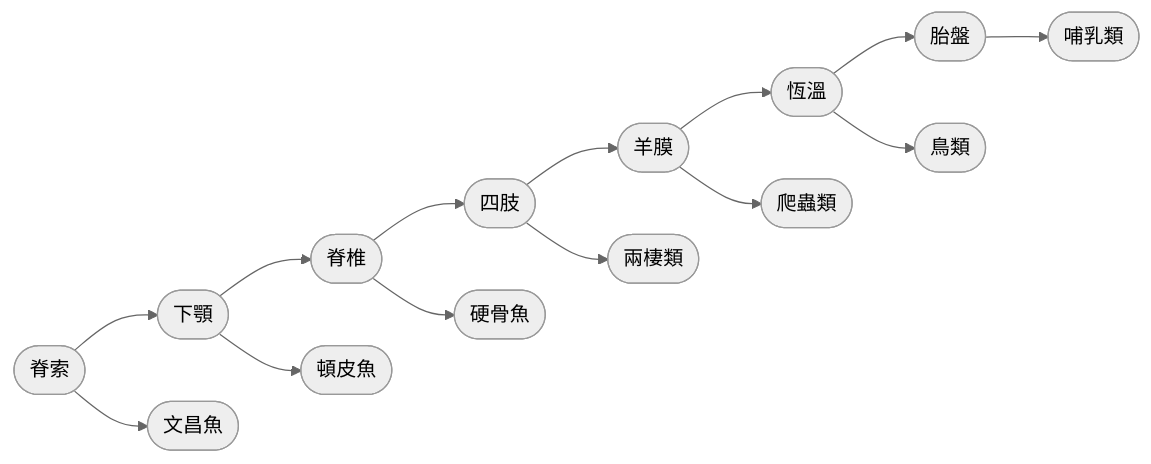
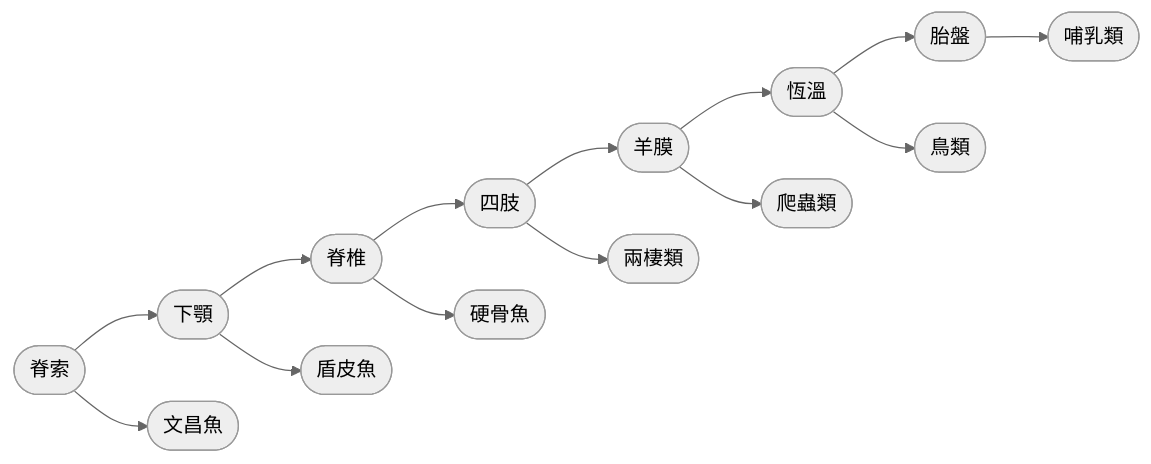
The second of 5 diagrams in Evolution 1st note.md (Jacklyn301/evolution_note_1151), drawn with Mermaid (neutral theme) before and after one commit. The commit also changed other lines of this file, not shown here.

````diff
--- a/Evolution 1st note.md
+++ b/Evolution 1st note.md
@@ -449,13 +457,13 @@
 ```mermaid
 flowchart LR
 
 chord([脊索])-->jaw([下顎])-->A([脊椎])-->B([四肢])-->C([羊膜])-->D([恆溫])-->E([胎盤])
 chord-->lancelet([文昌魚])
-jaw-->placo([頓皮魚])
+jaw-->placo([盾皮魚])
 A-->fish([硬骨魚])
 B-->frog([兩棲類])
 C-->reptile([爬蟲類])
 D-->bird([鳥類])
 E-->mammal([哺乳類])
 
 ```
````
